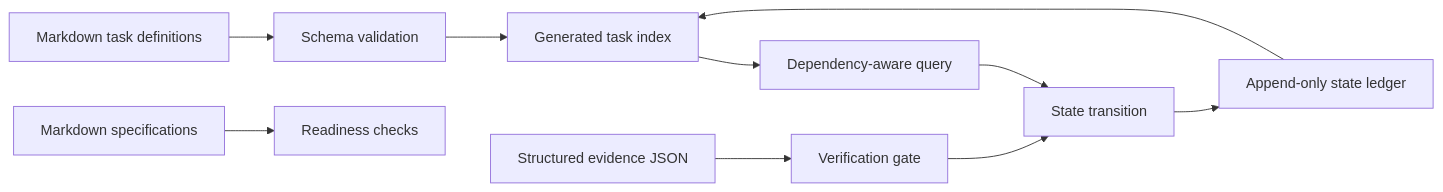
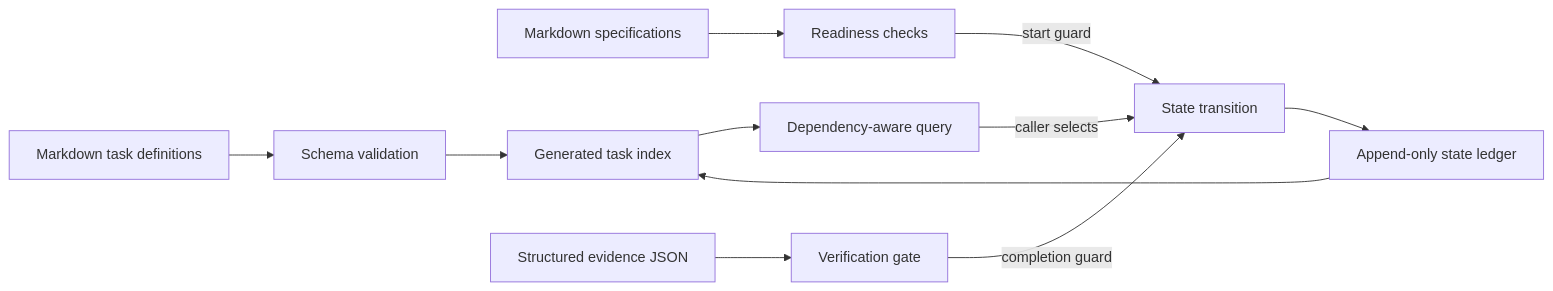
Before and after one commit to JonasR-Git/agentic-build-kit: the diagram in ARCHITECTURE.md, drawn with Mermaid. The commit also changed other lines of this file and 9 other files, not shown here.

````diff
--- a/ARCHITECTURE.md
+++ b/ARCHITECTURE.md
@@ -9,12 +11,13 @@
 ```mermaid
 flowchart LR
   T[Markdown task definitions] --> V[Schema validation]
   S[Markdown specifications] --> R[Readiness checks]
   V --> I[Generated task index]
   L[Append-only state ledger] --> I
   I --> Q[Dependency-aware query]
-  Q --> X[State transition]
+  Q -- caller selects --> X[State transition]
+  R -- start guard --> X
   E[Structured evidence JSON] --> G[Verification gate]
-  G --> X
+  G -- completion guard --> X
   X --> L
 ```
````
